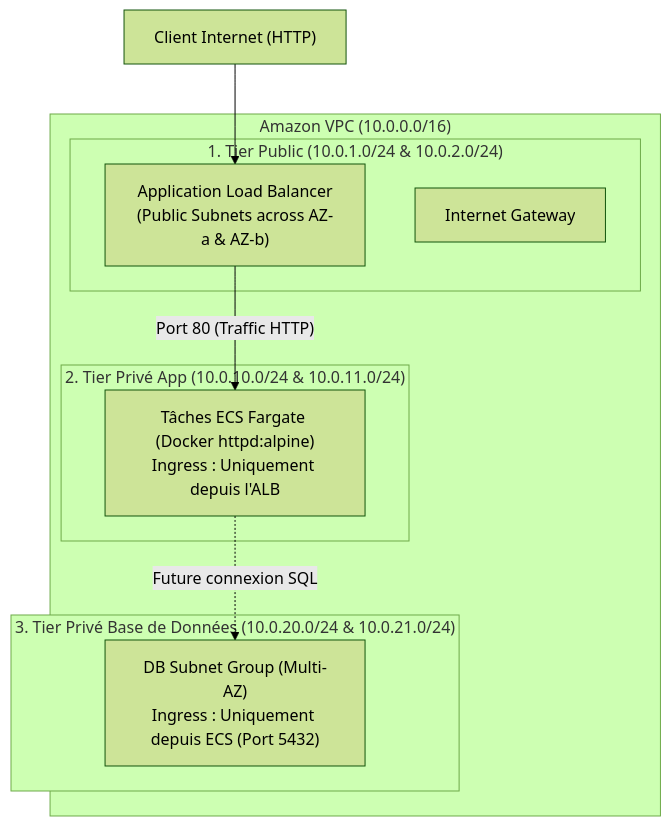
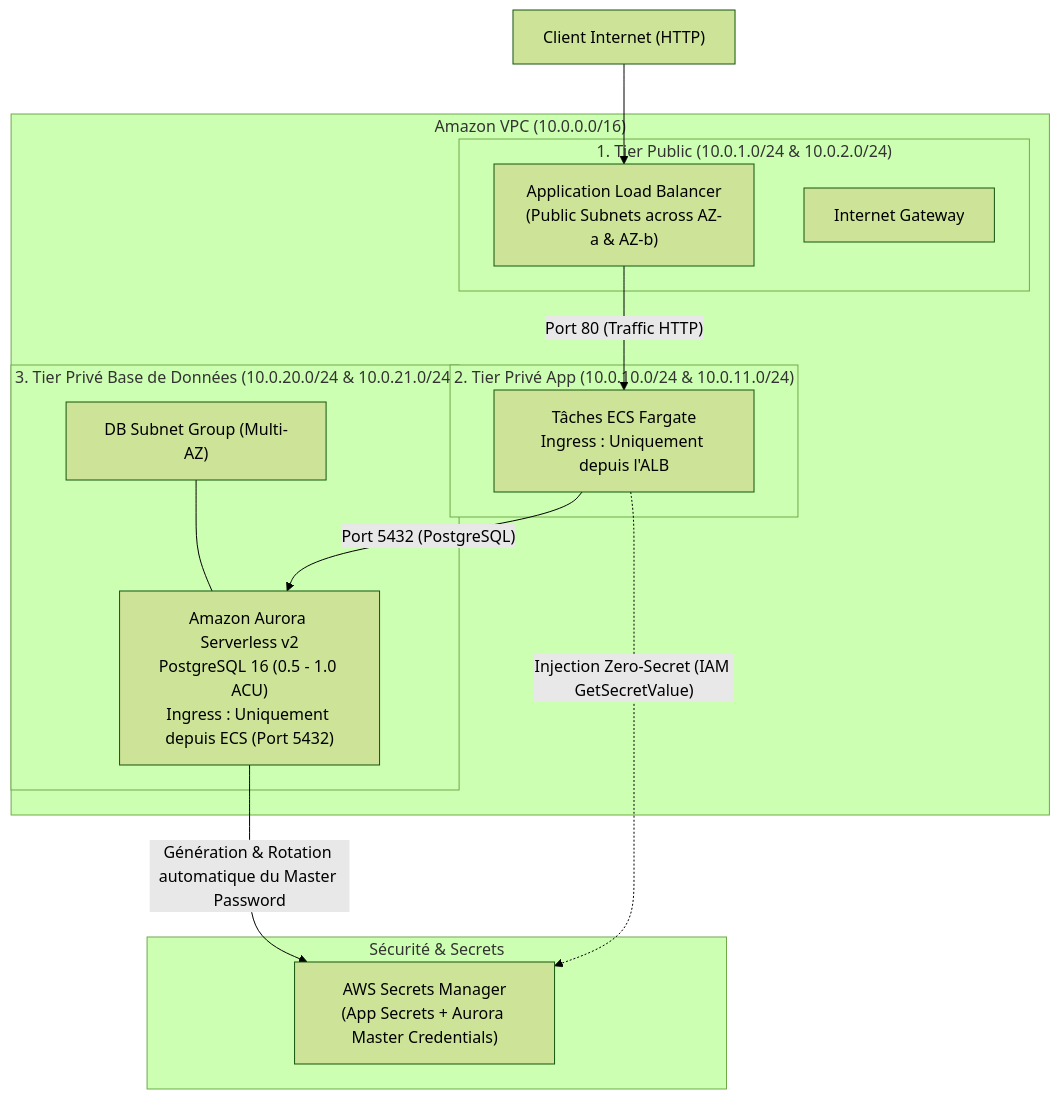
Before and after one commit to OuitesAhmed/aws-devops-mastery: the diagram in 02-network-ecs-terraform/README.md, drawn with Mermaid (forest theme). The commit also changed other lines of this file and 5 other files, not shown here.

Commit message:
feat(p2): integrate Aurora Serverless v2 PostgreSQL & AWS Secrets Manager with Zero-Hardcoded Secrets

````diff
--- a/02-network-ecs-terraform/README.md
+++ b/02-network-ecs-terraform/README.md
@@ -9,22 +9,30 @@
 ```mermaid
 flowchart TD
     User["Client Internet (HTTP)"] --> ALB["Application Load Balancer\n(Public Subnets across AZ-a & AZ-b)"]
 
     subgraph VPC["Amazon VPC (10.0.0.0/16)"]
         subgraph TierPublic["1. Tier Public (10.0.1.0/24 & 10.0.2.0/24)"]
             ALB
             IGW["Internet Gateway"]
         end
 
         subgraph TierApp["2. Tier Privé App (10.0.10.0/24 & 10.0.11.0/24)"]
-            ECS["Tâches ECS Fargate (Docker httpd:alpine)\nIngress : Uniquement depuis l'ALB"]
+            ECS["Tâches ECS Fargate\nIngress : Uniquement depuis l'ALB"]
         end
 
         subgraph TierDB["3. Tier Privé Base de Données (10.0.20.0/24 & 10.0.21.0/24)"]
-            RDSGroup["DB Subnet Group (Multi-AZ)\nIngress : Uniquement depuis ECS (Port 5432)"]
+            RDSGroup["DB Subnet Group (Multi-AZ)"]
+            Aurora["Amazon Aurora Serverless v2\nPostgreSQL 16 (0.5 - 1.0 ACU)\nIngress : Uniquement depuis ECS (Port 5432)"]
+            RDSGroup --- Aurora
         end
     end
 
-    ALB -- "Port 80 (Traffic HTTP)" --> ECS
-    ECS -. "Future connexion SQL" .-> RDSGroup
+    subgraph SecurityControl["Sécurité & Secrets"]
+        SM["AWS Secrets Manager\n(App Secrets + Aurora Master Credentials)"]
+    end
+
+    ALB -->|"Port 80 (Traffic HTTP)"| ECS
+    ECS -->|"Port 5432 (PostgreSQL)"| Aurora
+    ECS -.->|"Injection Zero-Secret (IAM GetSecretValue)"| SM
+    Aurora -->|"Génération & Rotation automatique du Master Password"| SM
 ```
````
